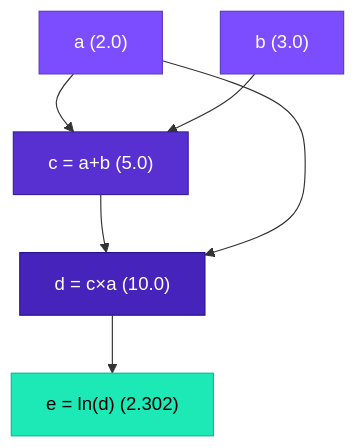
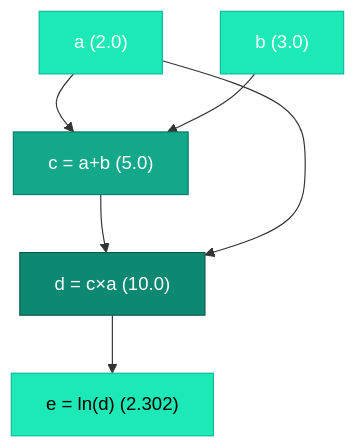
Before and after one commit to iamkhalid2/microgpt-course: the third of 3 diagrams in docs/02-calculus-and-autograd/02-the-value-class.md, drawn with Mermaid. The commit also changed other lines of this file and 23 other files, not shown here.

````diff
--- a/docs/02-calculus-and-autograd/02-the-value-class.md
+++ b/docs/02-calculus-and-autograd/02-the-value-class.md
@@ -203,14 +203,14 @@
 ```mermaid
 flowchart TD
     A["a (2.0)"] --> C["c = a+b (5.0)"]
     B["b (3.0)"] --> C
     C --> D["d = c×a (10.0)"]
     A --> D
     D --> E["e = ln(d) (2.302)"]
 
-    style A fill:#7c4dff,stroke:#5c3cbf,color:#fff
-    style B fill:#7c4dff,stroke:#5c3cbf,color:#fff
-    style C fill:#5830d1,stroke:#3820a1,color:#fff
-    style D fill:#4623ba,stroke:#26138a,color:#fff
+    style A fill:#1de9b6,stroke:#0db99a,color:#fff
+    style B fill:#1de9b6,stroke:#0db99a,color:#fff
+    style C fill:#12a889,stroke:#0a7d68,color:#fff
+    style D fill:#0d8872,stroke:#085c4e,color:#fff
     style E fill:#1de9b6,stroke:#0db99a,color:#000
 ```
````
